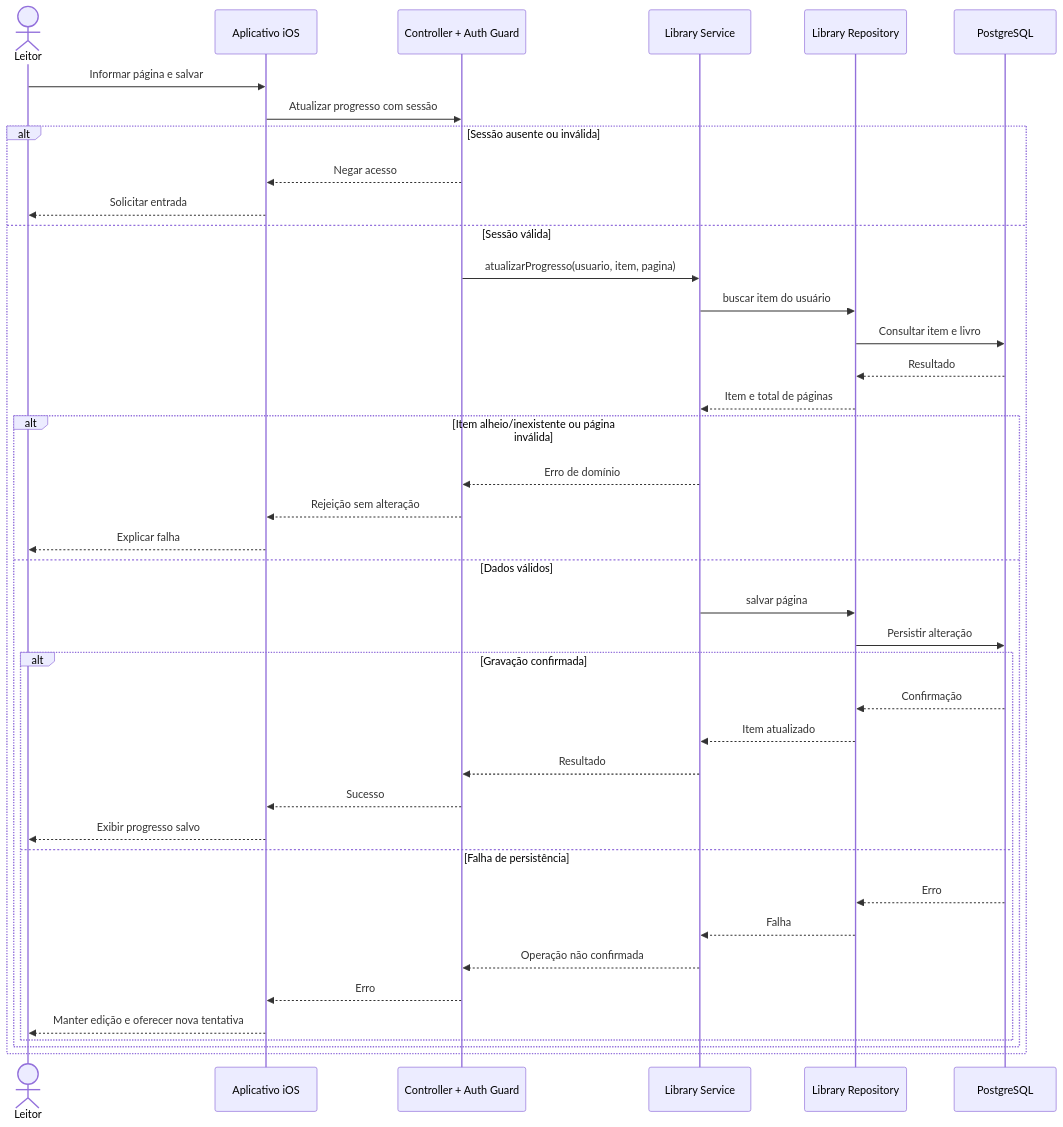
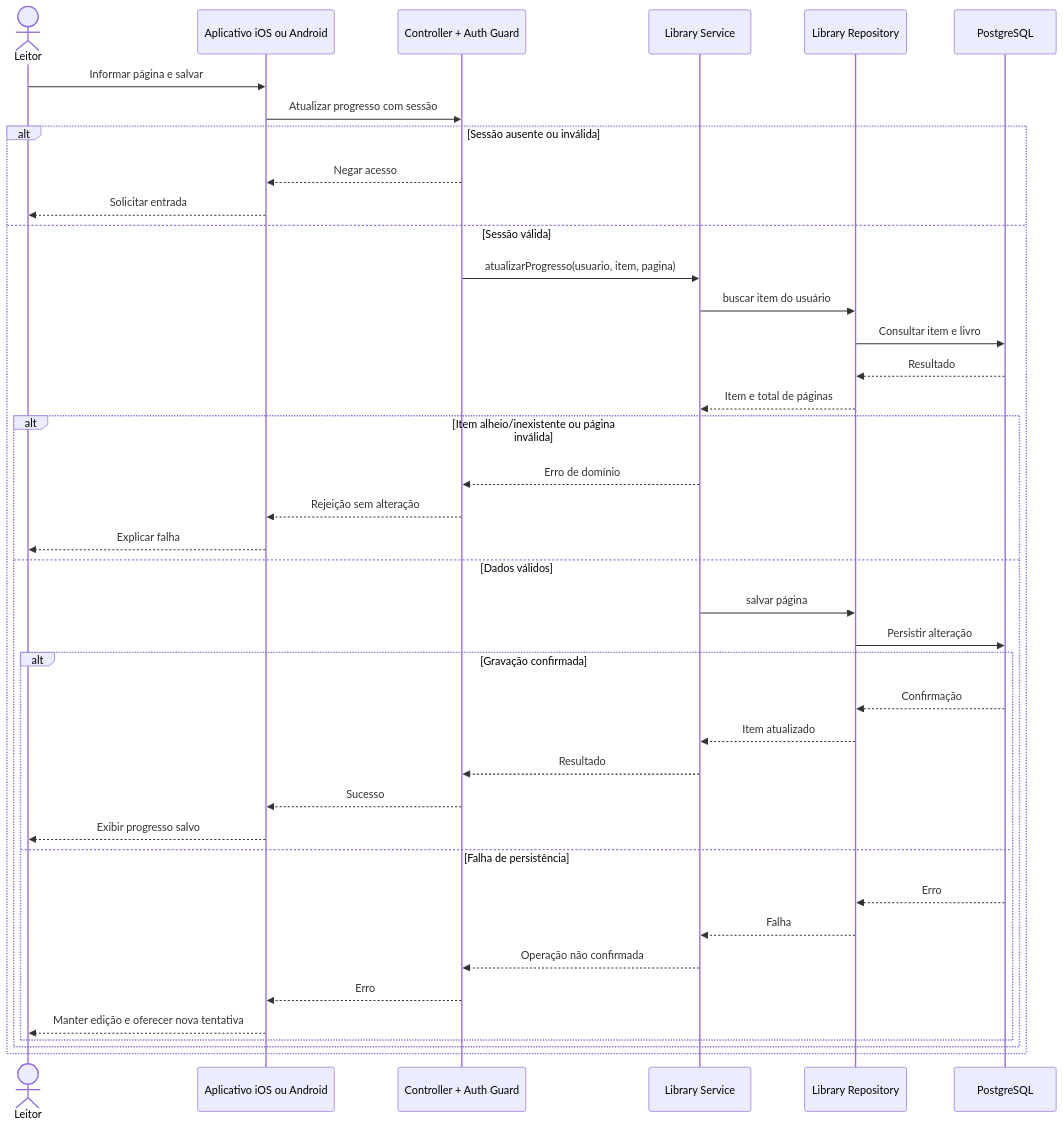
The diagram in docs/05-modelagem/diagrama-sequencia/registrar-progresso.md (GabrielBuck/Lab-engenharia-de-software), drawn with Mermaid before and after one commit. The commit also changed 22 other files, not shown here.

Commit message:
docs(architecture): sync current BookLog state

````diff
--- a/docs/05-modelagem/diagrama-sequencia/registrar-progresso.md
+++ b/docs/05-modelagem/diagrama-sequencia/registrar-progresso.md
@@ -5,42 +5,42 @@
 ```mermaid
 sequenceDiagram
   actor Leitor
-  participant App as Aplicativo iOS
+  participant App as Aplicativo iOS ou Android
   participant API as Controller + Auth Guard
   participant Servico as Library Service
   participant Repo as Library Repository
   participant DB as PostgreSQL
   Leitor->>App: Informar página e salvar
   App->>API: Atualizar progresso com sessão
   alt Sessão ausente ou inválida
     API-->>App: Negar acesso
     App-->>Leitor: Solicitar entrada
   else Sessão válida
     API->>Servico: atualizarProgresso(usuario, item, pagina)
     Servico->>Repo: buscar item do usuário
     Repo->>DB: Consultar item e livro
     DB-->>Repo: Resultado
     Repo-->>Servico: Item e total de páginas
     alt Item alheio/inexistente ou página inválida
       Servico-->>API: Erro de domínio
       API-->>App: Rejeição sem alteração
       App-->>Leitor: Explicar falha
     else Dados válidos
       Servico->>Repo: salvar página
       Repo->>DB: Persistir alteração
       alt Gravação confirmada
         DB-->>Repo: Confirmação
         Repo-->>Servico: Item atualizado
         Servico-->>API: Resultado
         API-->>App: Sucesso
         App-->>Leitor: Exibir progresso salvo
       else Falha de persistência
         DB-->>Repo: Erro
         Repo-->>Servico: Falha
         Servico-->>API: Operação não confirmada
         API-->>App: Erro
         App-->>Leitor: Manter edição e oferecer nova tentativa
       end
     end
   end
 ```
````
